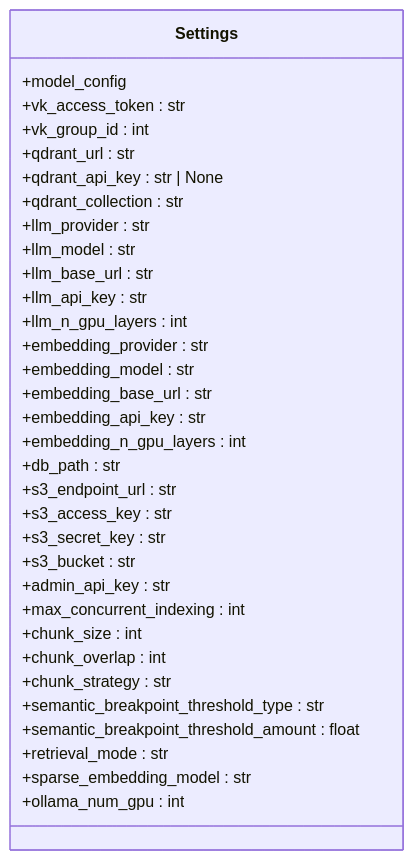
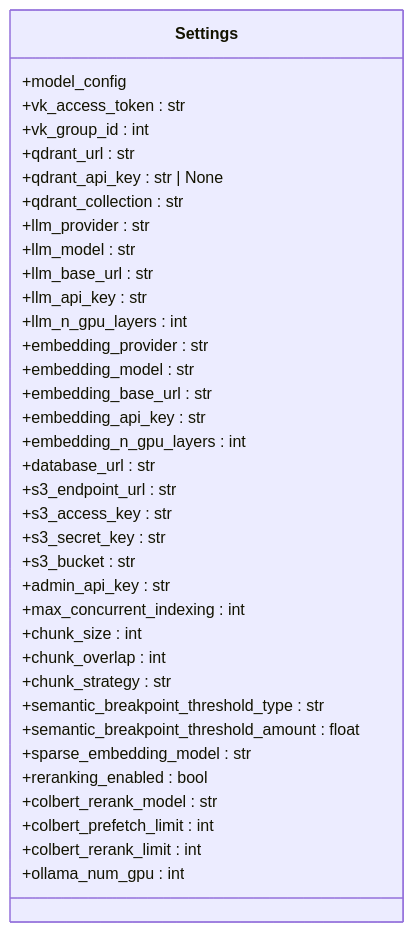
The third of 14 diagrams in .qoder/repowiki/en/content/Configuration Management.md (ognelis/cafetera_hr_bot), drawn with Mermaid before and after one commit. The commit also changed other lines of this file and 27 other files, not shown here.

````diff
--- a/.qoder/repowiki/en/content/Configuration Management.md
+++ b/.qoder/repowiki/en/content/Configuration Management.md
@@ -288,36 +312,39 @@
 ```mermaid
 classDiagram
 class Settings {
 +model_config
 +vk_access_token : str
 +vk_group_id : int
 +qdrant_url : str
 +qdrant_api_key : str | None
 +qdrant_collection : str
 +llm_provider : str
 +llm_model : str
 +llm_base_url : str
 +llm_api_key : str
 +llm_n_gpu_layers : int
 +embedding_provider : str
 +embedding_model : str
 +embedding_base_url : str
 +embedding_api_key : str
 +embedding_n_gpu_layers : int
-+db_path : str
++database_url : str
 +s3_endpoint_url : str
 +s3_access_key : str
 +s3_secret_key : str
 +s3_bucket : str
 +admin_api_key : str
 +max_concurrent_indexing : int
 +chunk_size : int
 +chunk_overlap : int
 +chunk_strategy : str
 +semantic_breakpoint_threshold_type : str
 +semantic_breakpoint_threshold_amount : float
-+retrieval_mode : str
 +sparse_embedding_model : str
++reranking_enabled : bool
++colbert_rerank_model : str
++colbert_prefetch_limit : int
++colbert_rerank_limit : int
 +ollama_num_gpu : int
 }
 ```
````
